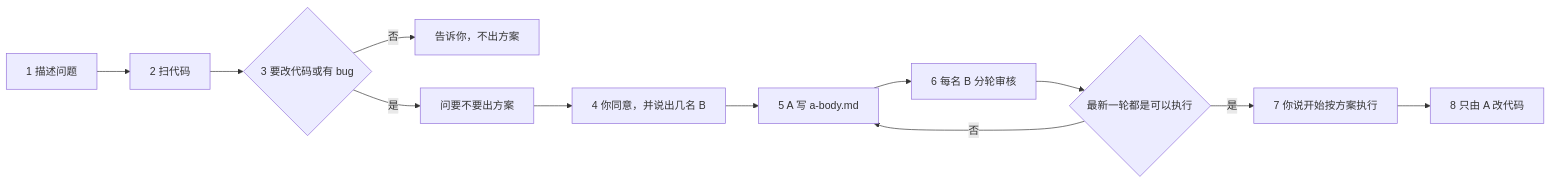
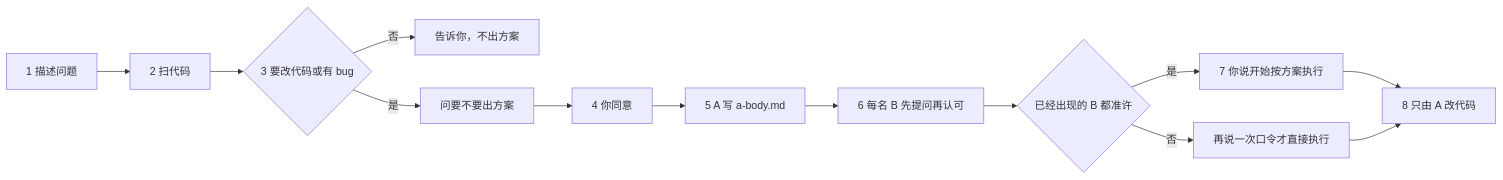
Before and after one commit to qiusuo0226/codeplan-multireview: the diagram in README.md, drawn with Mermaid. The commit also changed other lines of this file and 43 other files, not shown here.

````diff
--- a/README.md
+++ b/README.md
@@ -39,14 +37,15 @@
 ```mermaid
 flowchart LR
     A["1 描述问题"] --> B["2 扫代码"]
     B --> C{"3 要改代码或有 bug"}
     C -->|"否"| D["告诉你，不出方案"]
     C -->|"是"| E["问要不要出方案"]
-    E --> F["4 你同意，并说出几名 B"]
+    E --> F["4 你同意"]
     F --> G["5 A 写 a-body.md"]
-    G --> H["6 每名 B 分轮审核"]
-    H --> I{"最新一轮都是可以执行"}
-    I -->|"否"| G
+    G --> H["6 每名 B 先提问再认可"]
+    H --> I{"已经出现的 B 都准许"}
+    I -->|"否"| L["再说一次口令才直接执行"]
     I -->|"是"| J["7 你说开始按方案执行"]
     J --> K["8 只由 A 改代码"]
+    L --> K
 ```
````
